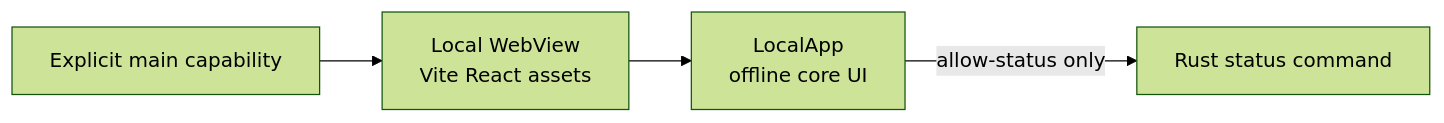
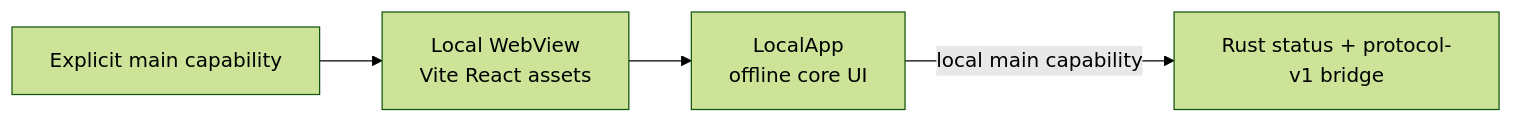
Before and after one commit to meharajM/ai-worker-desktop: the second of 36 diagrams in architecture.md, drawn with Mermaid (forest theme). The commit also changed other lines of this file and 4 other files, not shown here.

Commit message:
Add bounded native bridge protocol v1

````diff
--- a/architecture.md
+++ b/architecture.md
@@ -71,6 +73,6 @@
 ```mermaid
 graph LR
     TauriWindow[Local WebView<br/>Vite React assets] --> LocalApp[LocalApp<br/>offline core UI]
-    LocalApp -->|allow-status only| StatusCommand[Rust status command]
+    LocalApp -->|local main capability| StatusCommand[Rust status + protocol-v1 bridge]
     TauriConfig[Explicit main capability] --> TauriWindow
 ```
````
